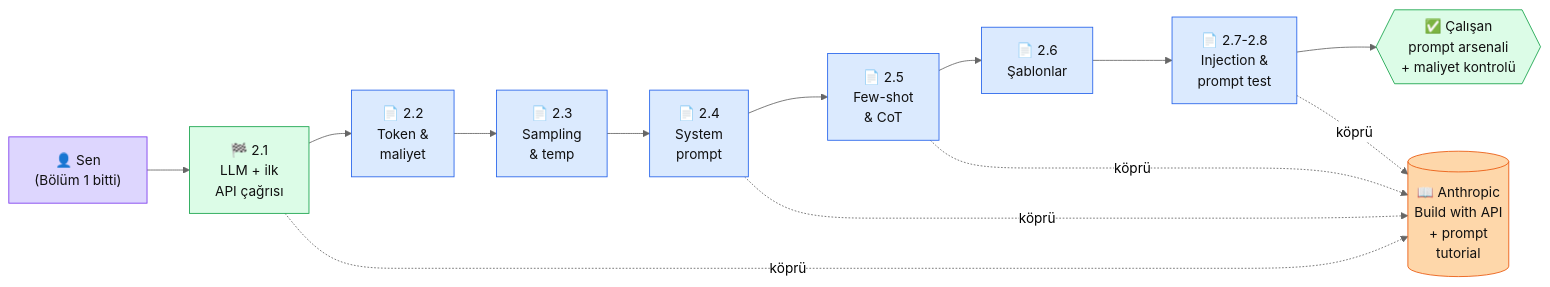
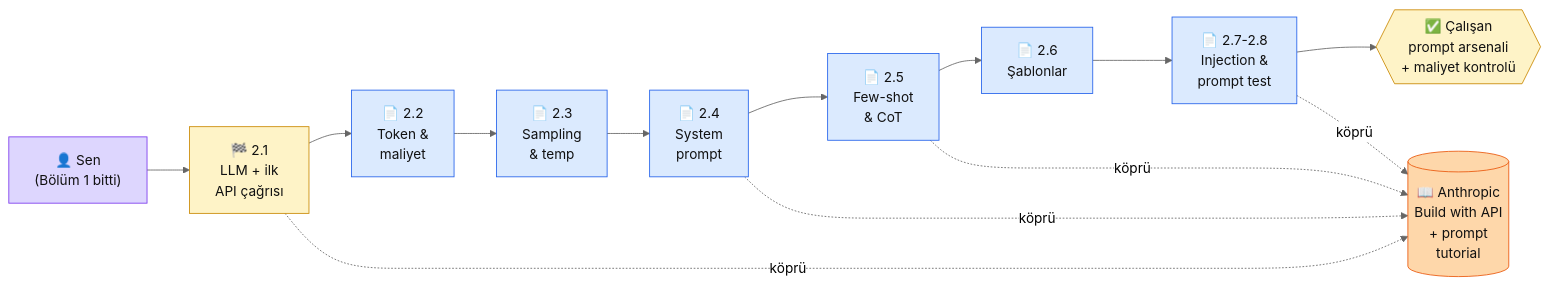
The diagram in docs/bolum-2/index.md (KemalG-u/muhendisal-platform), drawn with Mermaid (neutral theme) before and after one commit. The commit also changed other lines of this file and 8 other files, not shown here.

````diff
--- a/docs/bolum-2/index.md
+++ b/docs/bolum-2/index.md
@@ -35,30 +35,30 @@
 ```mermaid
 flowchart LR
   S["👤 Sen\n(Bölüm 1 bitti)"]
   P21["🏁 2.1\nLLM + ilk\nAPI çağrısı"]
   P22["📄 2.2\nToken &\nmaliyet"]
   P23["📄 2.3\nSampling\n& temp"]
   P24["📄 2.4\nSystem\nprompt"]
   P25["📄 2.5\nFew-shot\n& CoT"]
   P26["📄 2.6\nŞablonlar"]
   P278["📄 2.7-2.8\nInjection &\nprompt test"]
   OUT{{"✅ Çalışan\nprompt arsenali\n+ maliyet kontrolü"}}
   ANT[("📖 Anthropic\nBuild with API\n+ prompt\ntutorial")]
 
   S --> P21 --> P22 --> P23 --> P24 --> P25 --> P26 --> P278 --> OUT
   P21 -.köprü.-> ANT
   P24 -.köprü.-> ANT
   P25 -.köprü.-> ANT
   P278 -.köprü.-> ANT
 
   classDef user fill:#ddd6fe,stroke:#7c3aed,color:#111
   classDef page fill:#dbeafe,stroke:#2563eb,color:#111
-  classDef pilot fill:#dcfce7,stroke:#16a34a,color:#111
-  classDef goal fill:#dcfce7,stroke:#16a34a,color:#111
+  classDef pilot fill:#fef3c7,stroke:#ca8a04,color:#111
+  classDef goal fill:#fef3c7,stroke:#ca8a04,color:#111
   classDef ext fill:#fed7aa,stroke:#ea580c,color:#111
   class S user
   class P22,P23,P24,P25,P26,P278 page
   class P21 pilot
   class OUT goal
   class ANT ext
 ```
````
